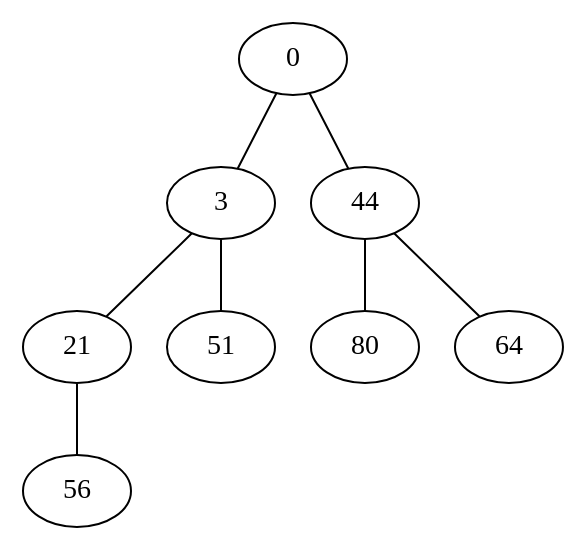
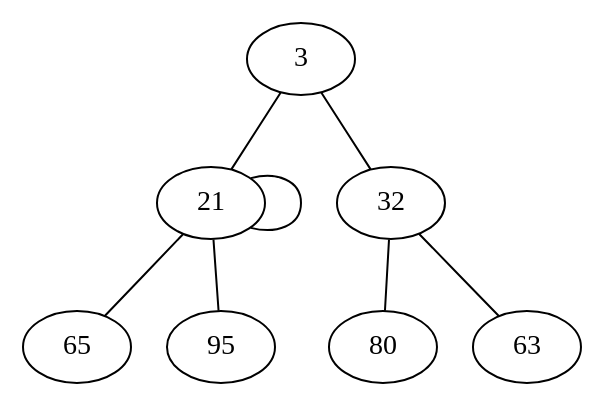
The diagram in Tas/graph_nico.dot (evlrs/Labyrinthe), drawn with Graphviz before and after one commit. The commit also changed 4 other files, not shown here.

```diff
--- a/Tas/graph_nico.dot
+++ b/Tas/graph_nico.dot
@@ -1,9 +1,9 @@
 graph {
-    0--3;
-    0--44;
     3--21;
-    3--51;
-    44--80;
-    44--64;
-    21--56;
+    3--32;
+    21--21;
+    21--65;
+    32--80;
+    32--63;
+    21--95;
 }
```
